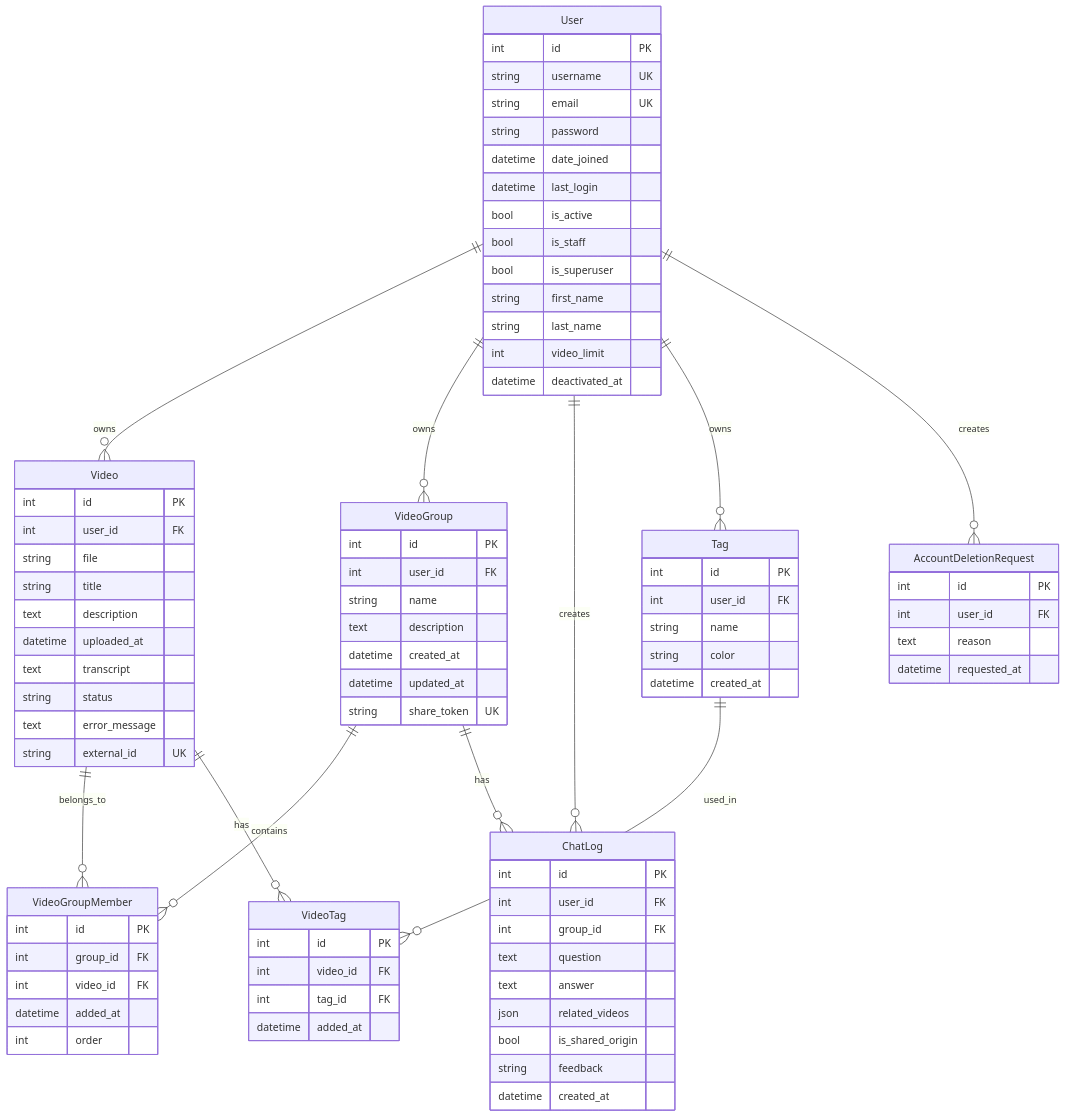
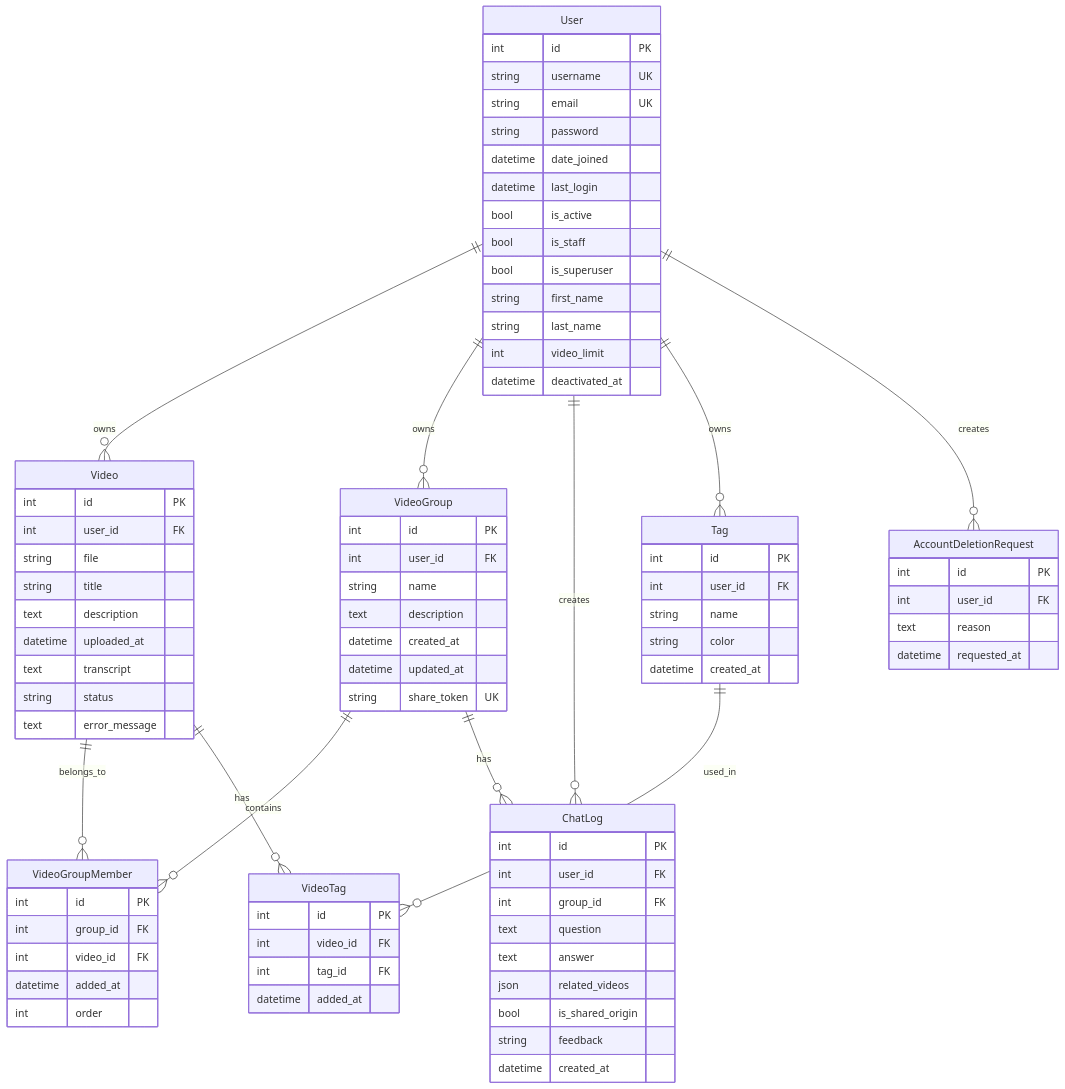
One commit to yukiharada1228/videoq changed the diagram in docs/database/er-diagram.md. Above: the diagram before and after it, drawn with Mermaid. The commit also changed 27 other files, not shown here.

```diff
--- a/docs/database/er-diagram.md
+++ b/docs/database/er-diagram.md
@@ -45,7 +45,6 @@
         text transcript
         string status
         text error_message
-        string external_id UK
     }
     
     VideoGroup {
```
